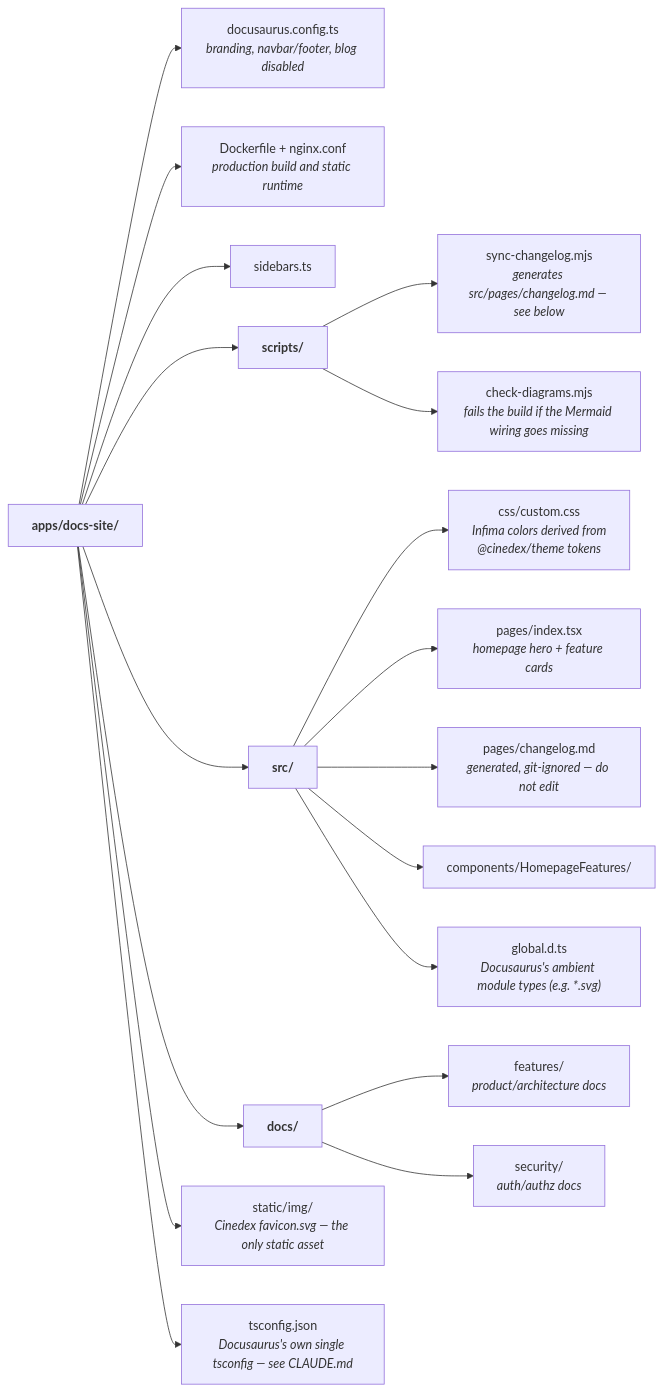
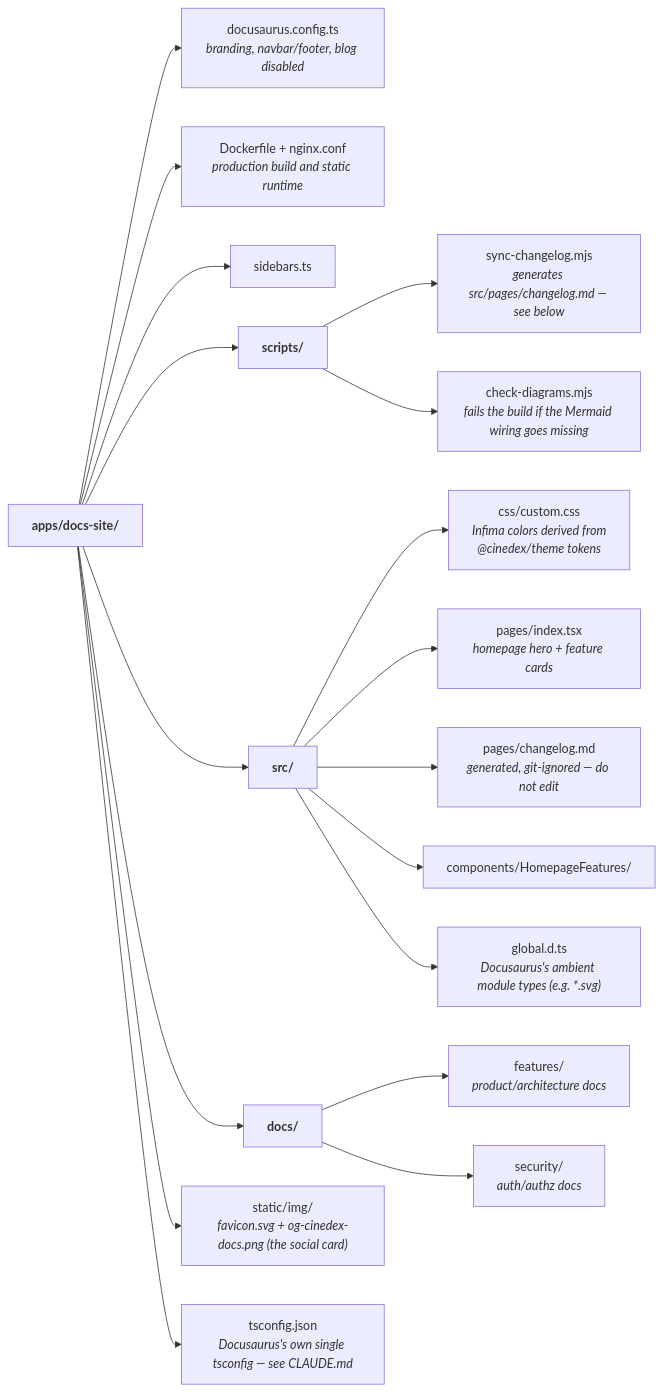
One commit to felipedferreira/Cinedex changed the diagram in frontend/apps/docs-site/README.md. Above: the diagram before and after it, drawn with Mermaid. The commit also changed other lines of this file and 44 other files, not shown here.

````diff
--- a/frontend/apps/docs-site/README.md
+++ b/frontend/apps/docs-site/README.md
@@ -16,25 +16,25 @@
 ```mermaid
 flowchart LR
     DS["<b>apps/docs-site/</b>"]
 
     DS --> CFG["docusaurus.config.ts<br/><i>branding, navbar/footer, blog disabled</i>"]
     DS --> DOCKER["Dockerfile + nginx.conf<br/><i>production build and static runtime</i>"]
     DS --> SB["sidebars.ts"]
     DS --> SCRIPTS["<b>scripts/</b>"]
     DS --> SRC["<b>src/</b>"]
     DS --> DOCS["<b>docs/</b>"]
-    DS --> STATIC["static/img/<br/><i>Cinedex favicon.svg — the only static asset</i>"]
+    DS --> STATIC["static/img/<br/><i>favicon.svg + og-cinedex-docs.png (the social card)</i>"]
     DS --> TS["tsconfig.json<br/><i>Docusaurus's own single tsconfig — see CLAUDE.md</i>"]
 
     SCRIPTS --> S1["sync-changelog.mjs<br/><i>generates src/pages/changelog.md — see below</i>"]
     SCRIPTS --> S2["check-diagrams.mjs<br/><i>fails the build if the Mermaid wiring goes missing</i>"]
 
     SRC --> R1["css/custom.css<br/><i>Infima colors derived from<br/>@cinedex/theme tokens</i>"]
     SRC --> R2["pages/index.tsx<br/><i>homepage hero + feature cards</i>"]
     SRC --> R3["pages/changelog.md<br/><i>generated, git-ignored — do not edit</i>"]
     SRC --> R4["components/HomepageFeatures/"]
     SRC --> R5["global.d.ts<br/><i>Docusaurus's ambient module types (e.g. *.svg)</i>"]
 
     DOCS --> D1["features/<br/><i>product/architecture docs</i>"]
     DOCS --> D2["security/<br/><i>auth/authz docs</i>"]
 ```
````
